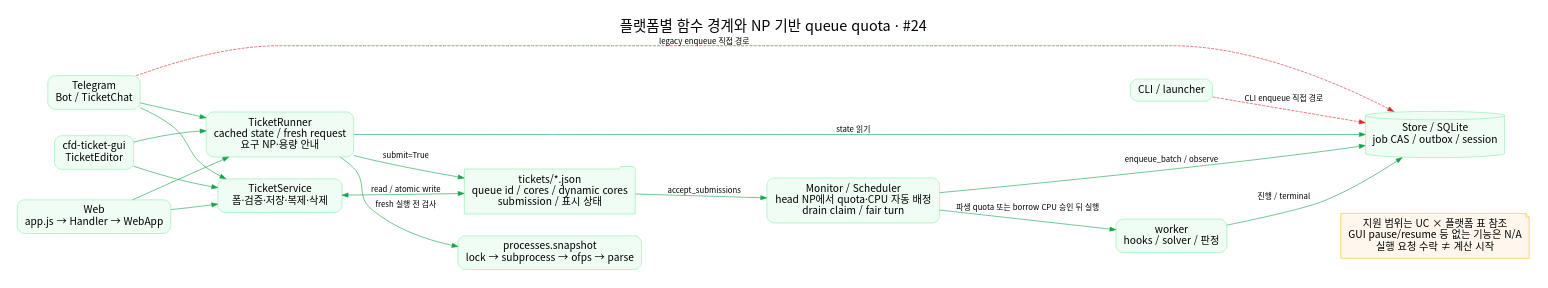
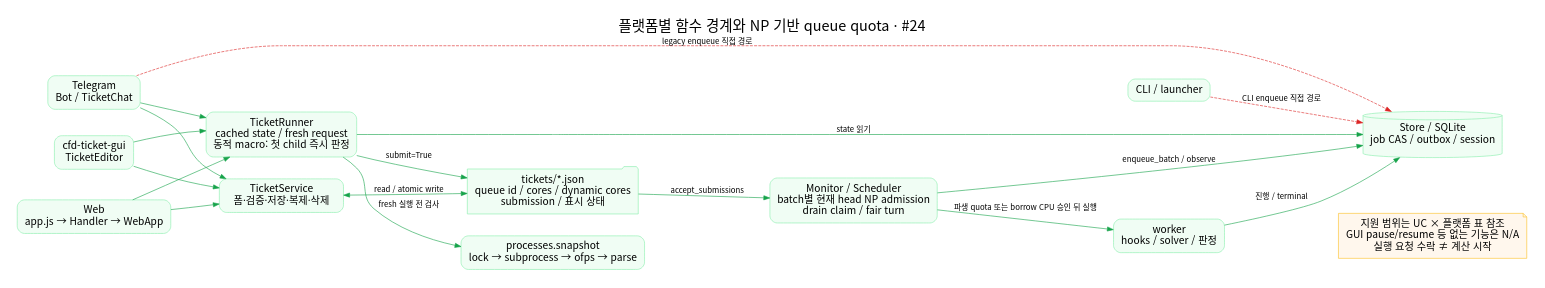
One commit to jo0n-lab/cfd-bot changed the diagram in docs/diagrams/platform-architecture.dot. Above: the diagram before and after it, drawn with Graphviz. The commit also changed 39 other files, not shown here.

Commit message:
Fix dynamic macro head admission

```diff
--- a/docs/diagrams/platform-architecture.dot
+++ b/docs/diagrams/platform-architecture.dot
@@ -1,30 +1,30 @@
 digraph platform {
  graph [rankdir=LR,bgcolor=white,pad=.3,nodesep=.5,ranksep=.8,fontname="Noto Sans CJK KR",fontsize=24,label="플랫폼별 함수 경계와 NP 기반 queue quota · #24",labelloc=t];
  node [shape=box,style="rounded,filled",fillcolor="#f0fdf4",color="#86efac",fontname="Noto Sans CJK KR",fontsize=17,margin=".18,.12"];
  edge [fontname="Noto Sans CJK KR",fontsize=13,color="#16a34a"];
  tg [label="Telegram\nBot / TicketChat",URL="lld/telegram.md"];
  gui [label="cfd-ticket-gui\nTicketEditor",URL="lld/gui.md"];
  web [label="Web\napp.js → Handler → WebApp",URL="lld/web.md"];
  cli [label="CLI / launcher",URL="lld/runtime.md"];
  service [label="TicketService\n폼·검증·저장·복제·삭제",URL="diagrams/D-02.svg"];
- run [label="TicketRunner\ncached state / fresh request\n요구 NP·용량 안내",URL="diagrams/D-03.svg"];
+ run [label="TicketRunner\ncached state / fresh request\n동적 macro: 첫 child 즉시 판정",URL="diagrams/D-03.svg"];
  store [shape=cylinder,label="Store / SQLite\njob CAS / outbox / session"];
  json [shape=folder,label="tickets/*.json\nqueue id / cores / dynamic cores\nsubmission / 표시 상태"];
  snapshot [label="processes.snapshot\nlock → subprocess → ofps → parse",URL="diagrams/D-04.svg"];
- monitor [label="Monitor / Scheduler\nhead NP에서 quota·CPU 자동 배정\ndrain claim / fair turn",URL="diagrams/BG-04.svg"];
+ monitor [label="Monitor / Scheduler\nbatch별 현재 head NP admission\ndrain claim / fair turn",URL="diagrams/BG-04.svg"];
  worker [label="worker\nhooks / solver / 판정",URL="diagrams/BG-05.svg"];
  tg -> service;gui -> service;web -> service;
  tg -> run;gui -> run;web -> run;
  service -> json [label="read / atomic write",dir=both];
  run -> snapshot [label="fresh 실행 전 검사"];
  run -> json [label="submit=True"];
  run -> store [label="state 읽기"];
  json -> monitor [label="accept_submissions"];
  monitor -> store [label="enqueue_batch / observe"];
  monitor -> worker [label="파생 quota 또는 borrow CPU 승인 뒤 실행"];
  worker -> store [label="진행 / terminal"];
  tg -> store [label="legacy enqueue 직접 경로",color="#dc2626",style=dashed];
  cli -> store [label="CLI enqueue 직접 경로",color="#dc2626",style=dashed];
  note [shape=note,label="지원 범위는 UC × 플랫폼 표 참조\nGUI pause/resume 등 없는 기능은 N/A\n실행 요청 수락 ≠ 계산 시작",fillcolor="#fff7ed",color="#fbbf24"];
  worker -> note [style=invis];
 }
```
